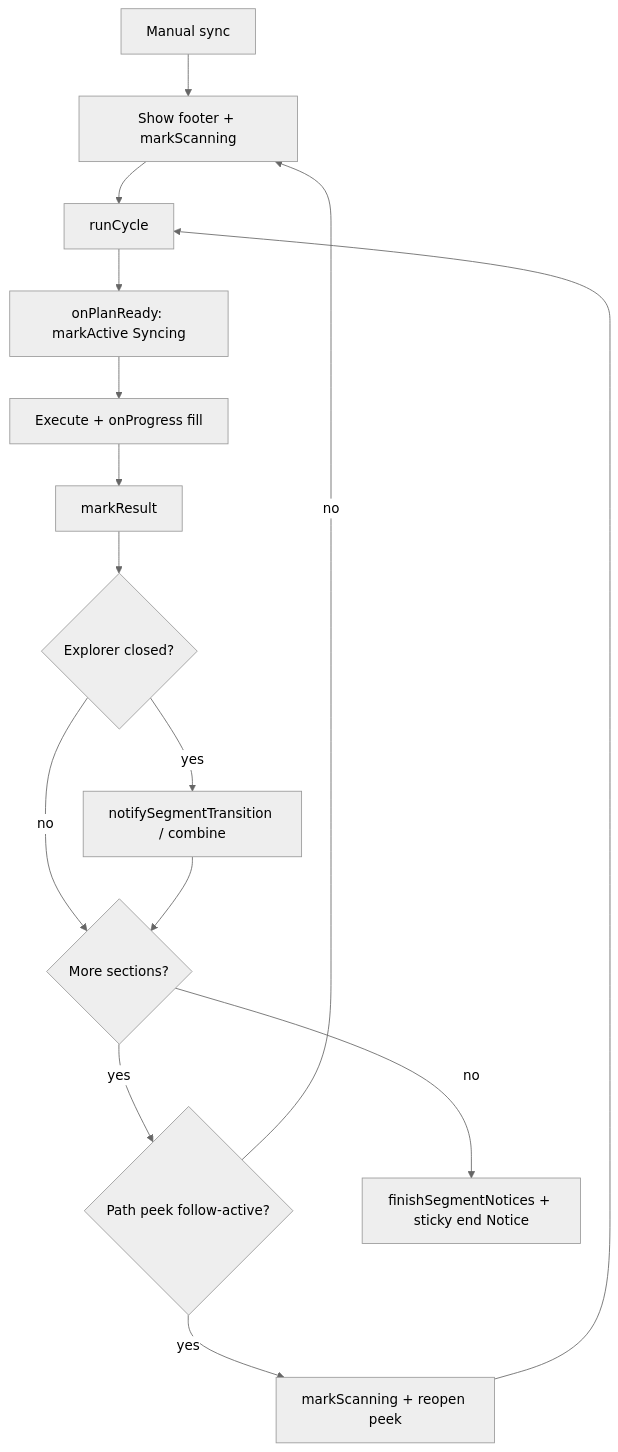
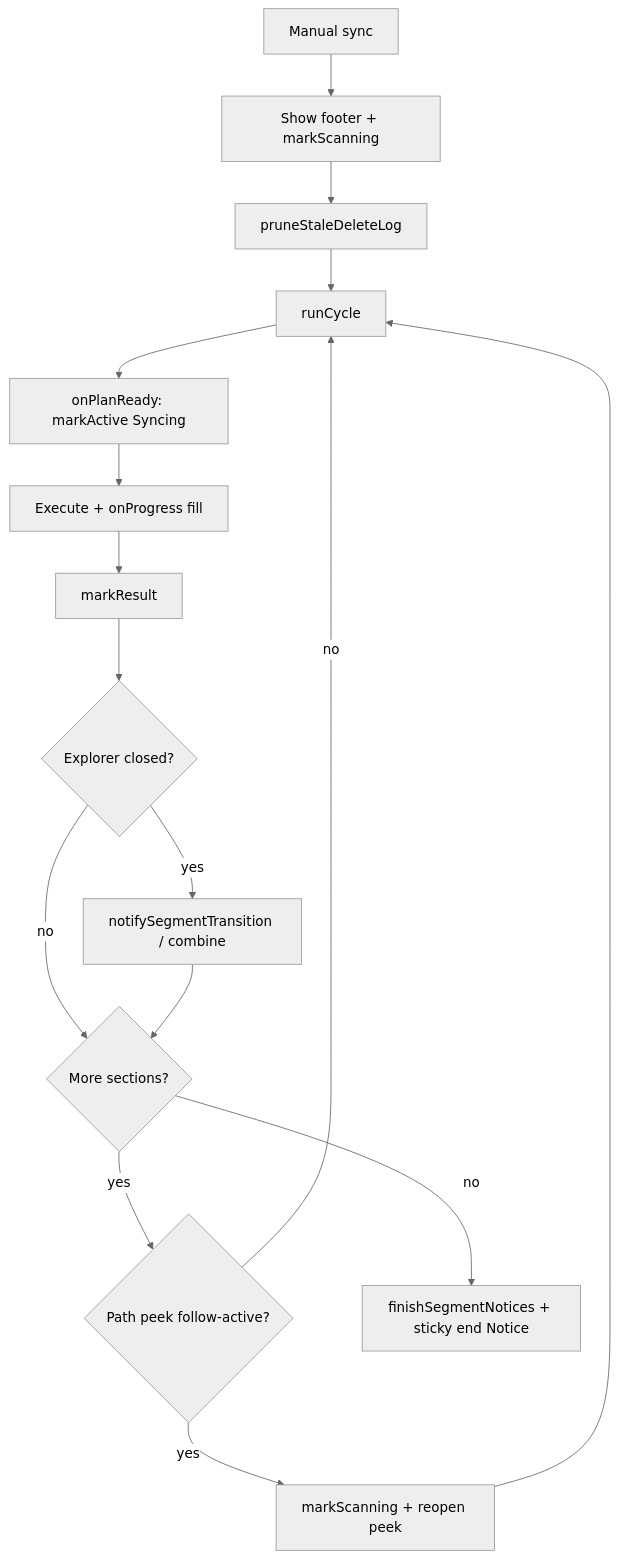
Before and after one commit to daledesilva/obsidian-dropbox-sync: the first of 3 diagrams in docs/manual-sync-section-progress.md, drawn with Mermaid (neutral theme). The commit also changed other lines of this file and 24 other files, not shown here.

Commit message:
added: Wired Cursor Debug offer discovery and Connect so mobile ingest no longer needs hand-pasted host/path. Hardened delete-log prune and remote not_found deletes so large stale intents stop stalling sync start and blocking the cursor.

````diff
--- a/docs/manual-sync-section-progress.md
+++ b/docs/manual-sync-section-progress.md
@@ -26,17 +26,18 @@
 ```mermaid
 flowchart TD
   Start[Manual sync] --> Footer[Show footer + markScanning]
-  Footer --> Cycle[runCycle]
+  Footer --> Prune[pruneStaleDeleteLog]
+  Prune --> Cycle[runCycle]
   Cycle --> PlanReady[onPlanReady: markActive Syncing]
   PlanReady --> Exec[Execute + onProgress fill]
   Exec --> Result[markResult]
   Result --> Notice{Explorer closed?}
   Notice -->|yes| SegNotice[notifySegmentTransition / combine]
   Notice -->|no| Next
   SegNotice --> Next{More sections?}
   Next -->|yes| Follow{Path peek follow-active?}
   Follow -->|yes| FooterPeek[markScanning + reopen peek]
-  Follow -->|no| Footer
+  Follow -->|no| Cycle
   FooterPeek --> Cycle
   Next -->|no| Done[finishSegmentNotices + sticky end Notice]
 ```
````
